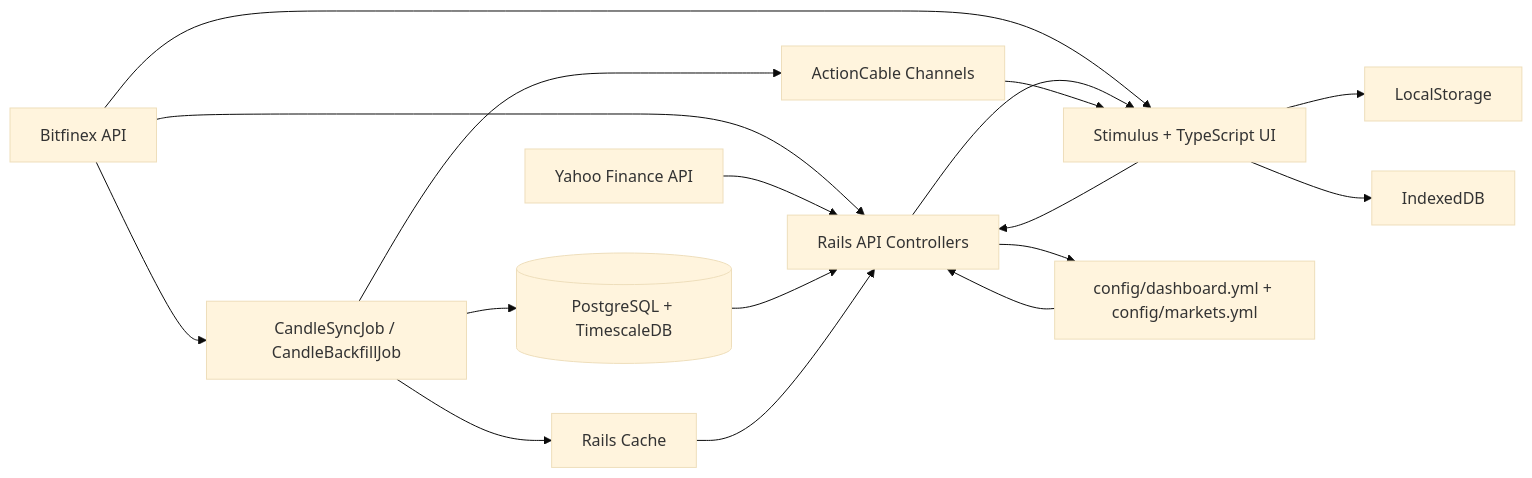
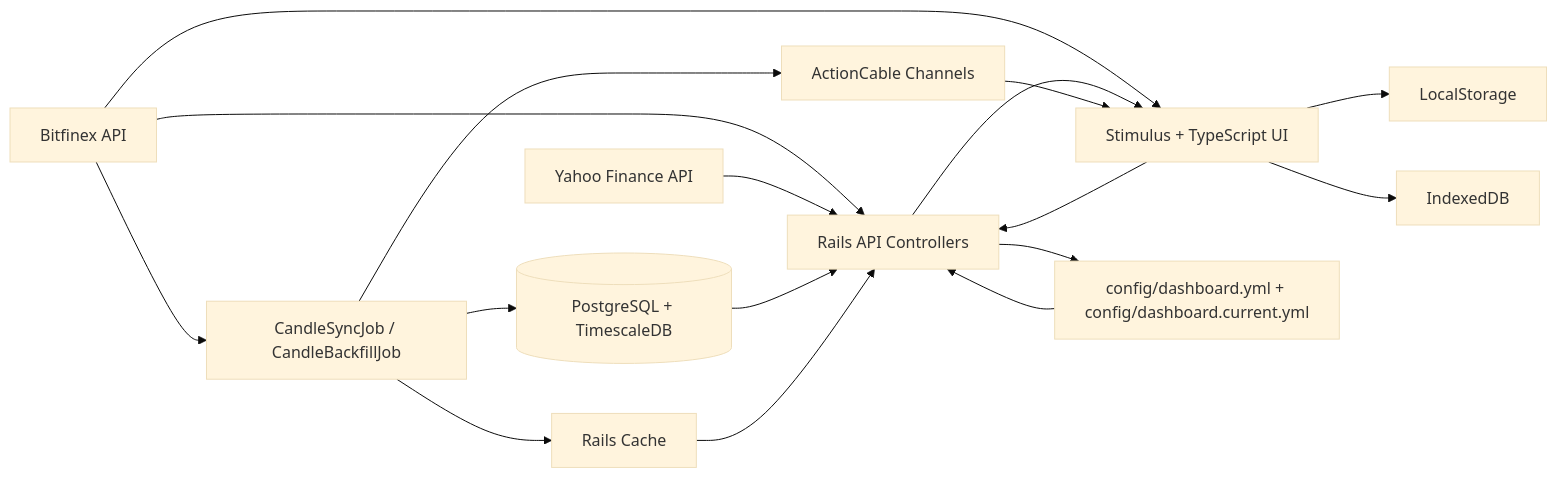
Before and after one commit to ValentinAndreev/trade: the diagram in docs/02-architecture.md, drawn with Mermaid (base theme). The commit also changed 40 other files, not shown here.

````diff
--- a/docs/02-architecture.md
+++ b/docs/02-architecture.md
@@ -16,34 +16,34 @@
 ```mermaid
 flowchart LR
   BFX[Bitfinex API]
   YF[Yahoo Finance API]
 
   JOBS[CandleSyncJob / CandleBackfillJob]
   API[Rails API Controllers]
   WS[ActionCable Channels]
   DB[(PostgreSQL + TimescaleDB)]
   CACHE[Rails Cache]
   UI[Stimulus + TypeScript UI]
   LS[LocalStorage]
   IDB[IndexedDB]
-  YAML[config/dashboard.yml + config/markets.yml]
+  YAML[config/dashboard.yml + config/dashboard.current.yml]
 
   BFX --> JOBS
   JOBS --> DB
   JOBS --> WS
   JOBS --> CACHE
 
   BFX --> API
   BFX --> UI
   YF --> API
   DB --> API
   CACHE --> API
   YAML --> API
 
   API --> UI
   WS --> UI
   UI --> LS
   UI --> IDB
   UI --> API
   API --> YAML
 ```
````
